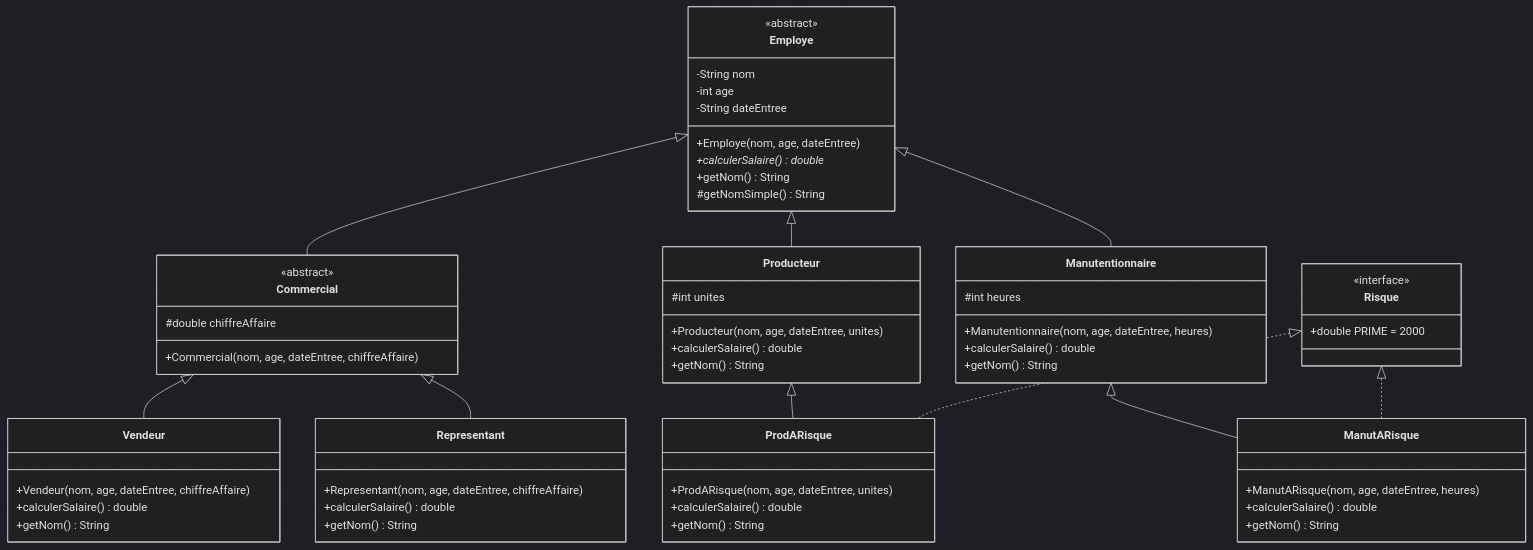
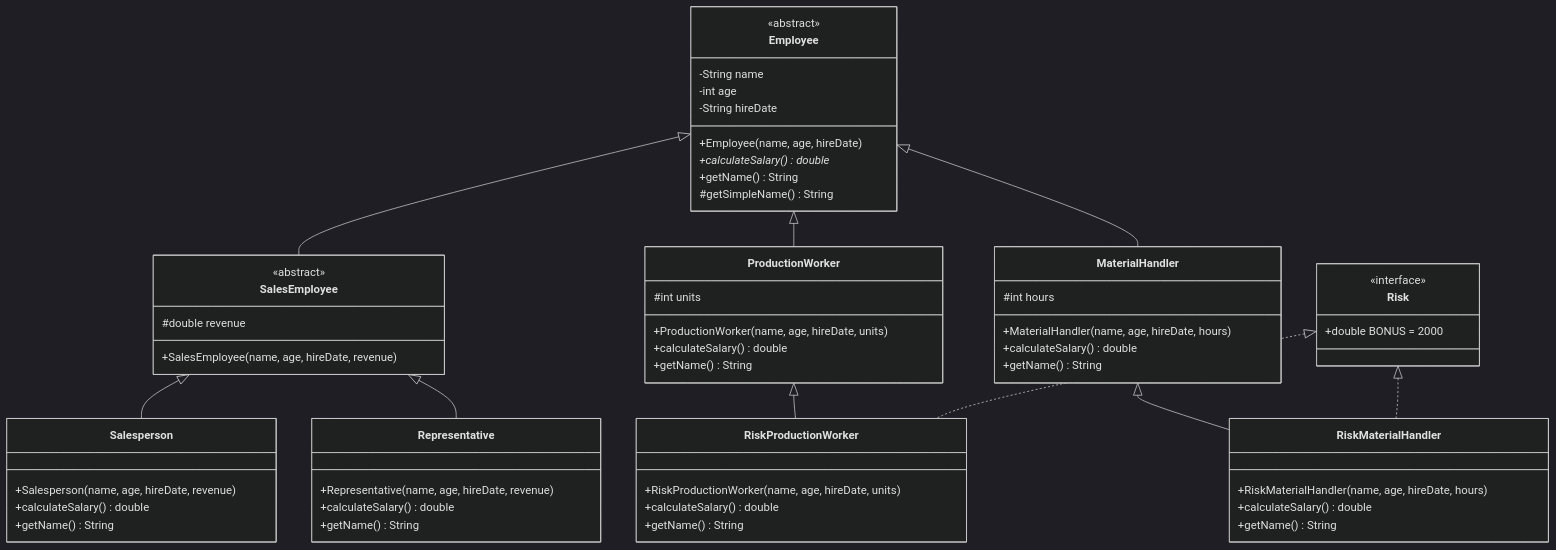
The diagram in README.md (Lagmouchyoussef/Employee-Payroll-Risk-Management-System), drawn with Mermaid (dark theme) before and after one commit. The commit also changed other lines of this file, not shown here.

Commit message:
Refactor README for class name updates and clarity
Updated terminology and class names in README for consistency and clarity.

````diff
--- a/README.md
+++ b/README.md
@@ -48,76 +46,76 @@
 ```mermaid
 classDiagram
-    class Employe {
+    class Employee {
         <<abstract>>
-        -String nom
+        -String name
         -int age
-        -String dateEntree
-        +Employe(nom, age, dateEntree)
-        +calculerSalaire()* double
-        +getNom() String
-        #getNomSimple() String
+        -String hireDate
+        +Employee(name, age, hireDate)
+        +calculateSalary()* double
+        +getName() String
+        #getSimpleName() String
     }
 
-    class Commercial {
+    class SalesEmployee {
         <<abstract>>
-        #double chiffreAffaire
-        +Commercial(nom, age, dateEntree, chiffreAffaire)
+        #double revenue
+        +SalesEmployee(name, age, hireDate, revenue)
     }
 
-    class Vendeur {
-        +Vendeur(nom, age, dateEntree, chiffreAffaire)
-        +calculerSalaire() double
-        +getNom() String
+    class Salesperson {
+        +Salesperson(name, age, hireDate, revenue)
+        +calculateSalary() double
+        +getName() String
     }
 
-    class Representant {
-        +Representant(nom, age, dateEntree, chiffreAffaire)
-        +calculerSalaire() double
-        +getNom() String
+    class Representative {
+        +Representative(name, age, hireDate, revenue)
+        +calculateSalary() double
+        +getName() String
     }
 
-    class Producteur {
-        #int unites
-        +Producteur(nom, age, dateEntree, unites)
-        +calculerSalaire() double
-        +getNom() String
+    class ProductionWorker {
+        #int units
+        +ProductionWorker(name, age, hireDate, units)
+        +calculateSalary() double
+        +getName() String
     }
 
-    class Manutentionnaire {
-        #int heures
-        +Manutentionnaire(nom, age, dateEntree, heures)
-        +calculerSalaire() double
-        +getNom() String
+    class MaterialHandler {
+        #int hours
+        +MaterialHandler(name, age, hireDate, hours)
+        +calculateSalary() double
+        +getName() String
     }
 
-    class Risque {
+    class Risk {
         <<interface>>
-        +double PRIME = 2000
+        +double BONUS = 2000
     }
 
-    class ProdARisque {
-        +ProdARisque(nom, age, dateEntree, unites)
-        +calculerSalaire() double
-        +getNom() String
+    class RiskProductionWorker {
+        +RiskProductionWorker(name, age, hireDate, units)
+        +calculateSalary() double
+        +getName() String
     }
 
-    class ManutARisque {
-        +ManutARisque(nom, age, dateEntree, heures)
-        +calculerSalaire() double
-        +getNom() String
+    class RiskMaterialHandler {
+        +RiskMaterialHandler(name, age, hireDate, hours)
+        +calculateSalary() double
+        +getName() String
     }
 
-    Employe <|-- Commercial
-    Employe <|-- Producteur
-    Employe <|-- Manutentionnaire
+    Employee <|-- SalesEmployee
+    Employee <|-- ProductionWorker
+    Employee <|-- MaterialHandler
 
-    Commercial <|-- Vendeur
-    Commercial <|-- Representant
+    SalesEmployee <|-- Salesperson
+    SalesEmployee <|-- Representative
 
-    Producteur <|-- ProdARisque
-    Manutentionnaire <|-- ManutARisque
+    ProductionWorker <|-- RiskProductionWorker
+    MaterialHandler <|-- RiskMaterialHandler
 
-    Risque <|.. ProdARisque
-    Risque <|.. ManutARisque
+    Risk <|.. RiskProductionWorker
+    Risk <|.. RiskMaterialHandler
 
 ```
````
